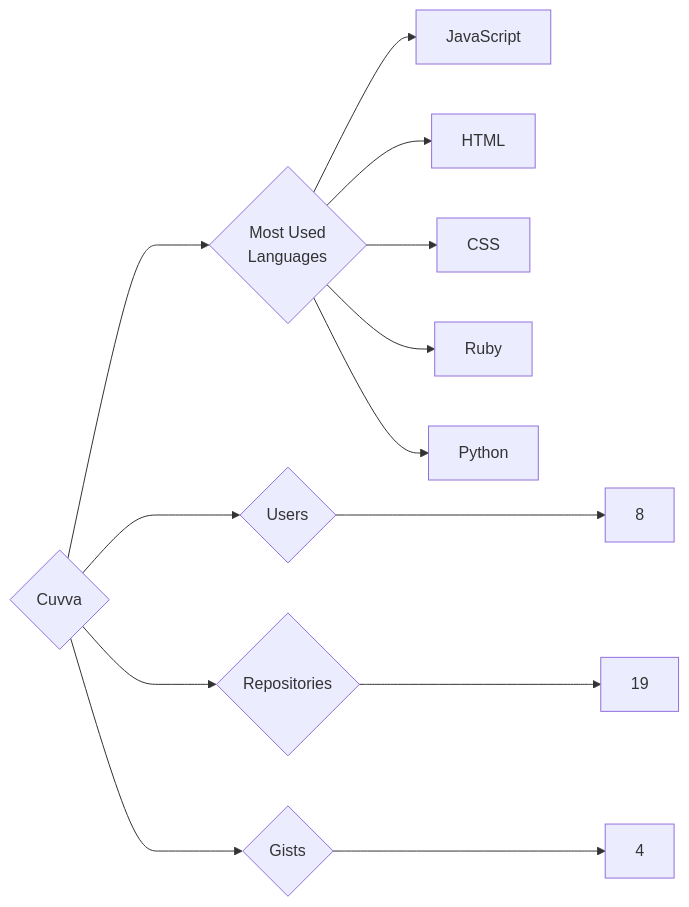
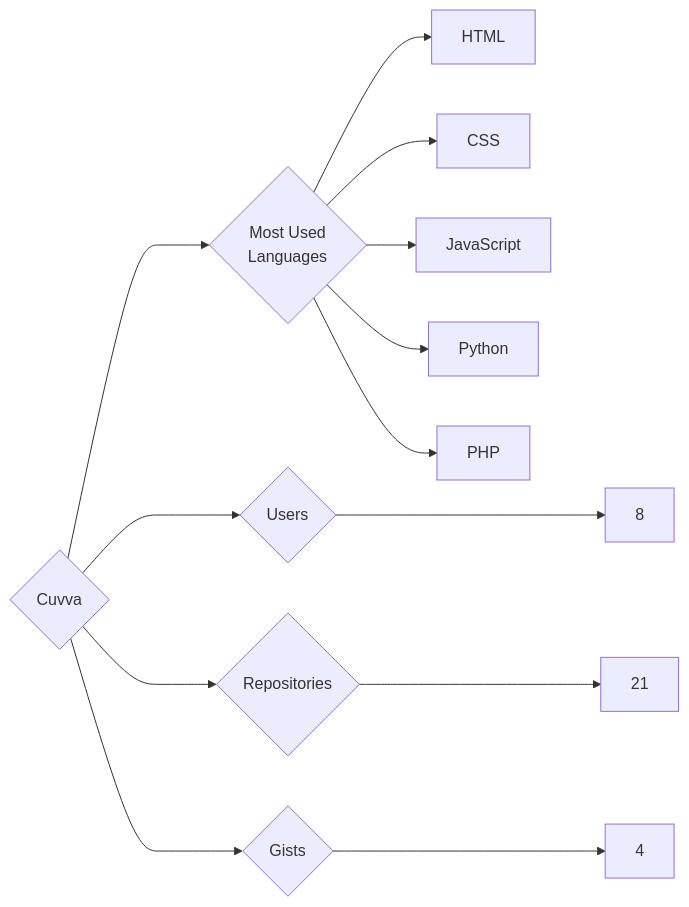
One commit to trickest/insiders changed the diagram in targets/Cuvva/README.md. Above: the diagram before and after it, drawn with Mermaid. The commit also changed 1175 other files, not shown here.

````diff
--- a/targets/Cuvva/README.md
+++ b/targets/Cuvva/README.md
@@ -3,13 +3,13 @@
 ```mermaid
 graph LR
 COMPANY_NAME{Cuvva}
 COMPANY_NAME ---> U{Users} ---> UN[8]
-COMPANY_NAME ---> R{Repositories} ---> RN[19]
+COMPANY_NAME ---> R{Repositories} ---> RN[21]
 COMPANY_NAME ---> G{Gists} ---> GN[4]
 COMPANY_NAME ---> ML{Most Used<br>Languages}
-ML --> JavaScript[JavaScript]
 ML --> HTML[HTML]
 ML --> CSS[CSS]
-ML --> Ruby[Ruby]
+ML --> JavaScript[JavaScript]
 ML --> Python[Python]
+ML --> PHP[PHP]
 ```
````
